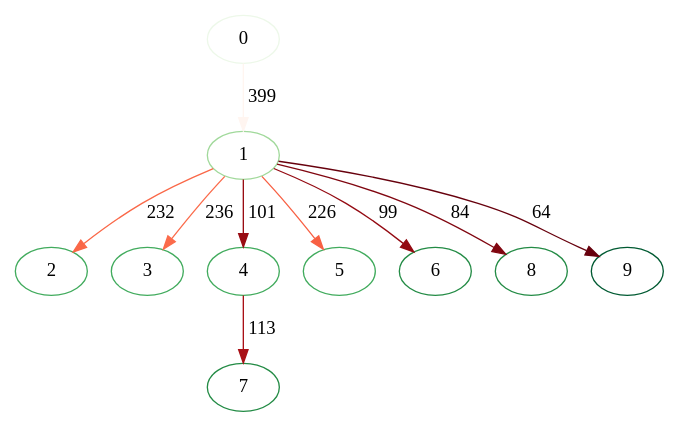
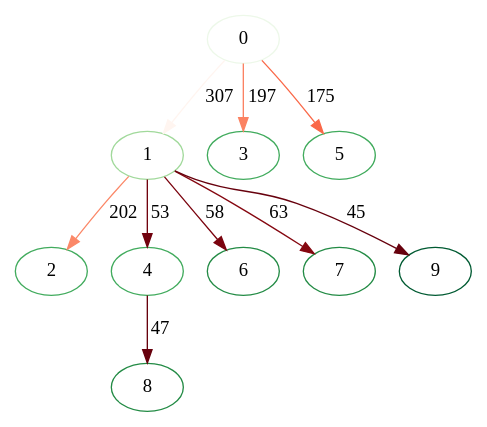
One commit to sethnr/Plasmo_denovo_transmission_networks changed the diagram in reports/160618_seqTrack_scaled/clade29.seqtrack.SIscaled.dot. Above: the diagram before and after it, drawn with Graphviz. The commit also changed 106 other files, not shown here.

```diff
--- a/reports/160618_seqTrack_scaled/clade29.seqtrack.SIscaled.dot
+++ b/reports/160618_seqTrack_scaled/clade29.seqtrack.SIscaled.dot
@@ -1,119 +1,119 @@
 /* Created by igraph @VERSION@ */
 digraph {
   0 [
     name="Th086.07"
     dates=0
     color="#EDF8E9"
     "label.cex"=1
     year=2007
   ];
   1 [
     name="Th106.09"
     dates=731
     color="#A1D99B"
     "label.cex"=1
     year=2009
   ];
   2 [
     name="Th106.11"
     dates=1461
     color="#41AB5D"
     "label.cex"=1
     year=2011
   ];
   3 [
     name="Th117.11"
     dates=1461
     color="#41AB5D"
     "label.cex"=1
     year=2011
   ];
   4 [
     name="Th132.11"
     dates=1461
     color="#41AB5D"
     "label.cex"=1
     year=2011
   ];
   5 [
     name="Th134.11"
     dates=1461
     color="#41AB5D"
     "label.cex"=1
     year=2011
   ];
   6 [
     name="Th162.12"
     dates=1826
     color="#238B45"
     "label.cex"=1
     year=2012
   ];
   7 [
     name="Th196.12"
     dates=1826
     color="#238B45"
     "label.cex"=1
     year=2012
   ];
   8 [
     name="Th230.12"
     dates=1826
     color="#238B45"
     "label.cex"=1
     year=2012
   ];
   9 [
     name="Th074.13"
     dates=2192
     color="#005A32"
     "label.cex"=1
     year=2013
   ];
 
   0 -> 1 [
-    weight=399
-    label=399
+    weight=307
+    label=307
     color="#FFF5F0"
   ];
   1 -> 2 [
-    weight=232
-    label=232
+    weight=202
+    label=202
+    color="#FB8868"
+  ];
+  0 -> 3 [
+    weight=197
+    label=197
+    color="#FB8262"
+  ];
+  1 -> 4 [
+    weight=53
+    label=53
+    color="#71020E"
+  ];
+  0 -> 5 [
+    weight=175
+    label=175
     color="#FA6848"
   ];
-  1 -> 3 [
-    weight=236
-    label=236
-    color="#FB6B4B"
+  1 -> 6 [
+    weight=58
+    label=58
+    color="#7B040F"
   ];
-  1 -> 4 [
-    weight=101
-    label=101
-    color="#990C13"
+  1 -> 7 [
+    weight=63
+    label=63
+    color="#850710"
   ];
-  1 -> 5 [
-    weight=226
-    label=226
-    color="#F86043"
-  ];
-  1 -> 6 [
-    weight=99
-    label=99
-    color="#940A12"
-  ];
-  4 -> 7 [
-    weight=113
-    label=113
-    color="#A91016"
-  ];
-  1 -> 8 [
-    weight=84
-    label=84
-    color="#800610"
+  4 -> 8 [
+    weight=47
+    label=47
+    color="#67000D"
   ];
   1 -> 9 [
-    weight=64
-    label=64
+    weight=45
+    label=45
     color="#67000D"
   ];
 }
```
